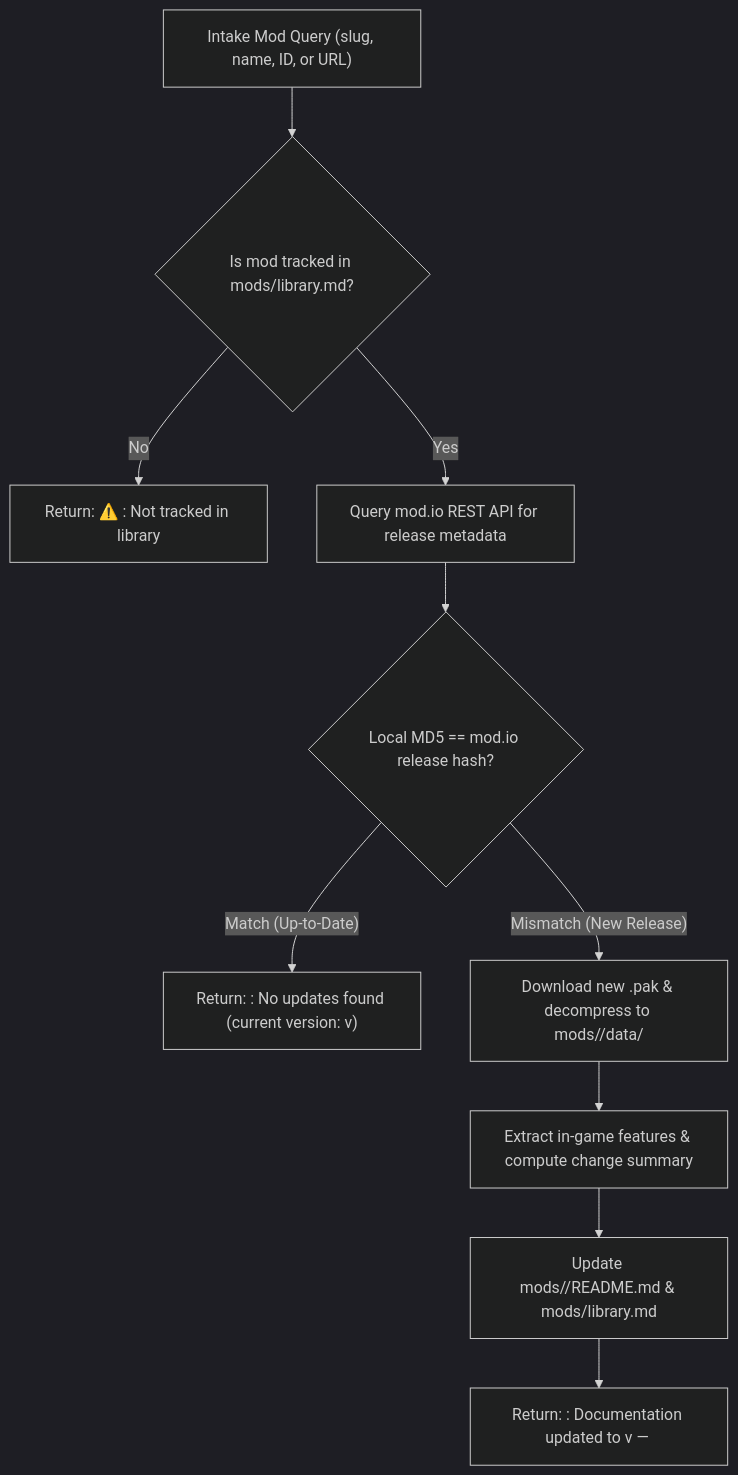
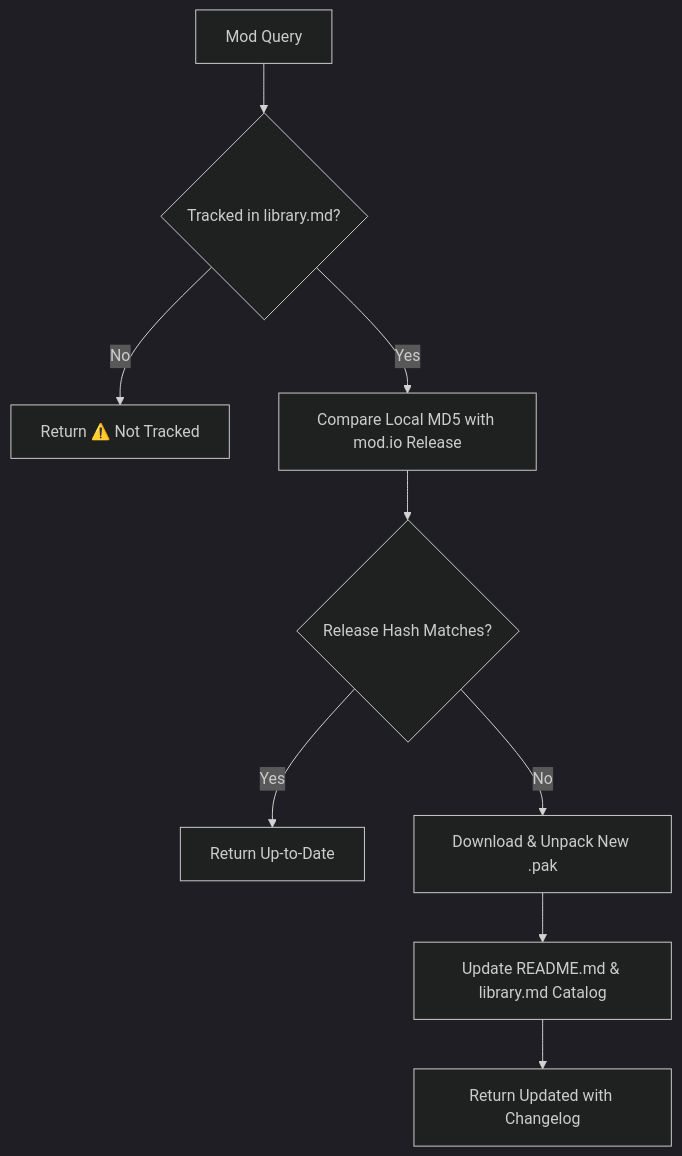
One commit to jpelton-stroud/bg3-mod-studio changed the diagram in .agents/skills/bg3-update-single-mod/SKILL.md. Above: the diagram before and after it, drawn with Mermaid (dark theme). The commit also changed other lines of this file and 33 other files, not shown here.

````diff
--- a/.agents/skills/bg3-update-single-mod/SKILL.md
+++ b/.agents/skills/bg3-update-single-mod/SKILL.md
@@ -16,12 +20,11 @@
 ```mermaid
 flowchart TD
-    A["Intake Mod Query (slug, name, ID, or URL)"] --> B{"Is mod tracked in mods/library.md?"}
-    B -->|"No"| C["Return: ⚠️ <slug>: Not tracked in library"]
-    B -->|"Yes"| D["Query mod.io REST API for release metadata"]
-    D --> E{"Local MD5 == mod.io release hash?"}
-    E -->|"Match (Up-to-Date)"| F["Return: <slug>: No updates found (current version: v<version>)"]
-    E -->|"Mismatch (New Release)"| G["Download new .pak & decompress to mods/<slug>/data/"]
-    G --> H["Extract in-game features & compute change summary"]
-    H --> I["Update mods/<slug>/README.md & mods/library.md"]
-    I --> J["Return: <slug>: Documentation updated to v<version> — <changes>"]
+    Start["Mod Query"] --> CheckTracked{"Tracked in library.md?"}
+    CheckTracked -->|"No"| NotTracked["Return ⚠️ Not Tracked"]
+    CheckTracked -->|"Yes"| HashCheck["Compare Local MD5 with mod.io Release"]
+    HashCheck --> Match{"Release Hash Matches?"}
+    Match -->|"Yes"| UpToDate["Return Up-to-Date"]
+    Match -->|"No"| Download["Download & Unpack New .pak"]
+    Download --> Refresh["Update README.md & library.md Catalog"]
+    Refresh --> Updated["Return Updated with Changelog"]
 ```
````
